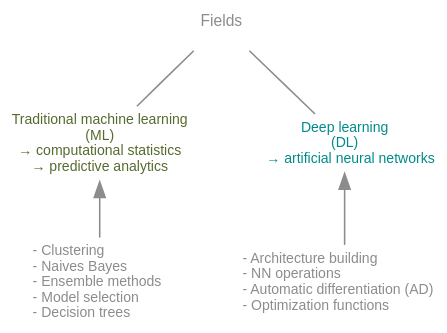
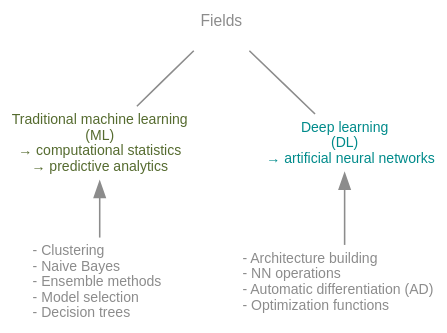
Before and after one commit to WestDRI/arc-training: the second of 24 diagrams in ai/wb_frameworks_content.qmd, drawn with Graphviz. The commit also changed other lines of this file and 78 other files, not shown here.

````diff
--- a/ai/wb_frameworks_content.qmd
+++ b/ai/wb_frameworks_content.qmd
@@ -40,23 +40,23 @@
 ```{dot}
 //| echo: false
 
 strict digraph {
 
 bgcolor="transparent"
 node [fontname="Inconsolata, sans-serif", shape=plaintext, fontcolor="#8c8c8c"]
 edge [color="#8c8c8c"]
 
 ml [label="Traditional machine learning\n(ML)\n→ computational statistics\n→ predictive analytics", URL="https://en.wikipedia.org/wiki/Computational_statistics", fontsize=9, fontcolor=darkolivegreen]
 dl [label="Deep learning\n(DL)\n    → artificial neural networks", URL="https://en.wikipedia.org/wiki/Deep_learning", fontcolor=darkcyan, fontsize=9]
 Fields[fontsize=10]
 
 Fields -> {ml dl} [dir=none]
 
-1 [label="- Clustering\l- Naives Bayes\l- Ensemble methods\l- Model selection\l- Decision trees\l", shape=plaintext, fontcolor=gray55, fontsize=9]
+1 [label="- Clustering\l- Naive Bayes\l- Ensemble methods\l- Model selection\l- Decision trees\l", shape=plaintext, fontcolor=gray55, fontsize=9]
 2 [label="- Architecture building\l- NN operations\l- Automatic differentiation (AD)\l- Optimization functions\l", shape=plaintext, fontcolor=gray55, fontsize=9]
 
 ml -> 1 [dir=back, color=gray55]
 dl -> 2 [dir=back, color=gray55]
 
 }
 ```
````
